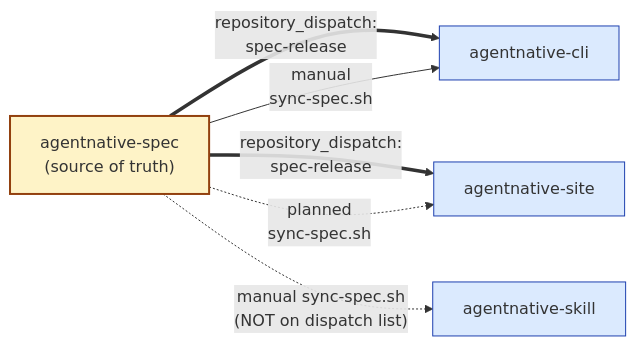
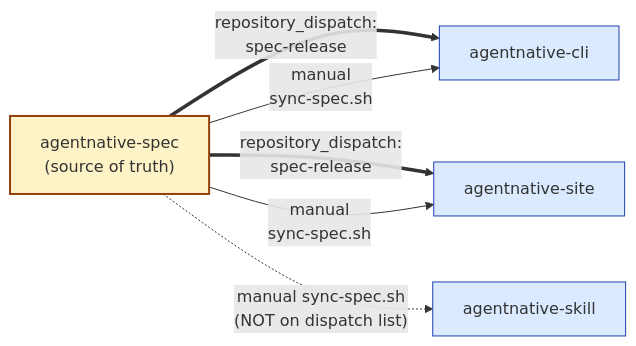
Before and after one commit to brettdavies/agentnative: the first of 2 diagrams in docs/syncs.md, drawn with Mermaid. The commit also changed other lines of this file and 37 other files, not shown here.

````diff
--- a/docs/syncs.md
+++ b/docs/syncs.md
@@ -27,18 +27,18 @@
 ```mermaid
 flowchart LR
     spec["agentnative-spec<br/>(source of truth)"]
     cli["agentnative-cli"]
     site["agentnative-site"]
     skill["agentnative-skill"]
 
     spec ==>|"repository_dispatch:<br/>spec-release"| cli
     spec ==>|"repository_dispatch:<br/>spec-release"| site
     spec -->|"manual<br/>sync-spec.sh"| cli
-    spec -.->|"planned<br/>sync-spec.sh"| site
+    spec -->|"manual<br/>sync-spec.sh"| site
     spec -.->|"manual sync-spec.sh<br/>(NOT on dispatch list)"| skill
 
     classDef sot fill:#fef3c7,stroke:#92400e,stroke-width:2px
     classDef consumer fill:#dbeafe,stroke:#1e40af
     class spec sot
     class cli,site,skill consumer
 ```
````
